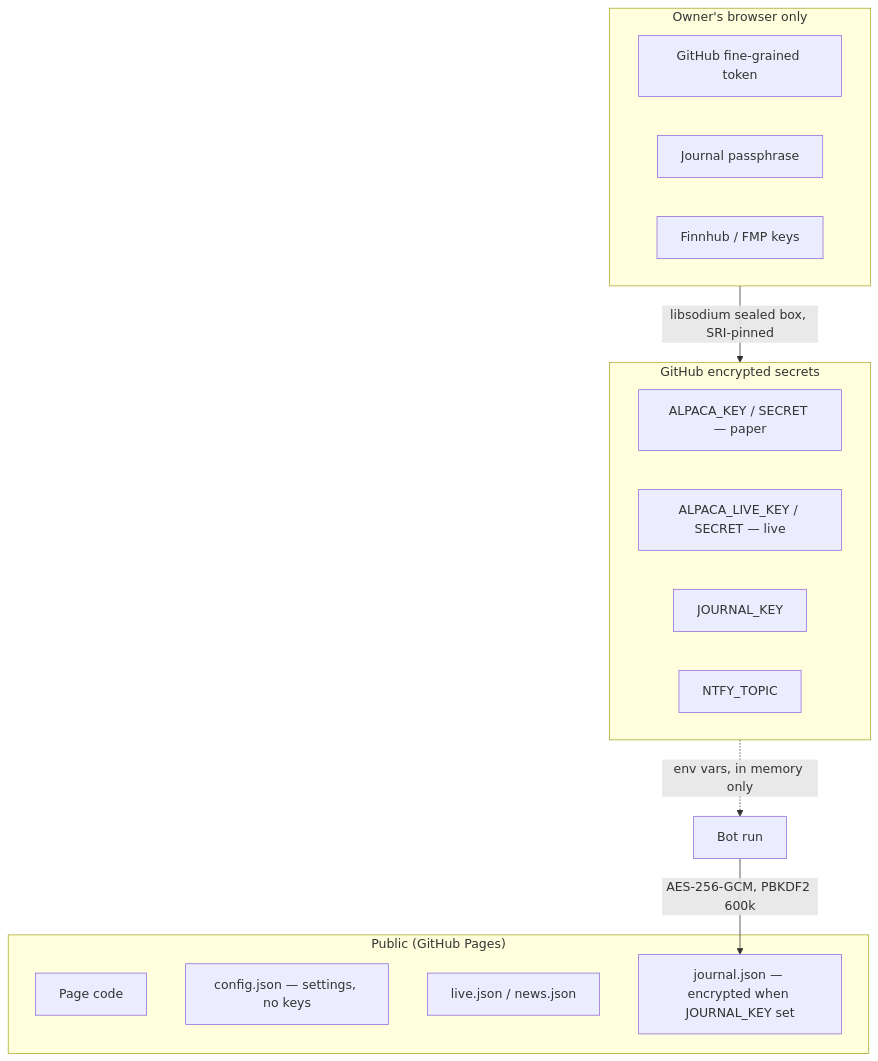
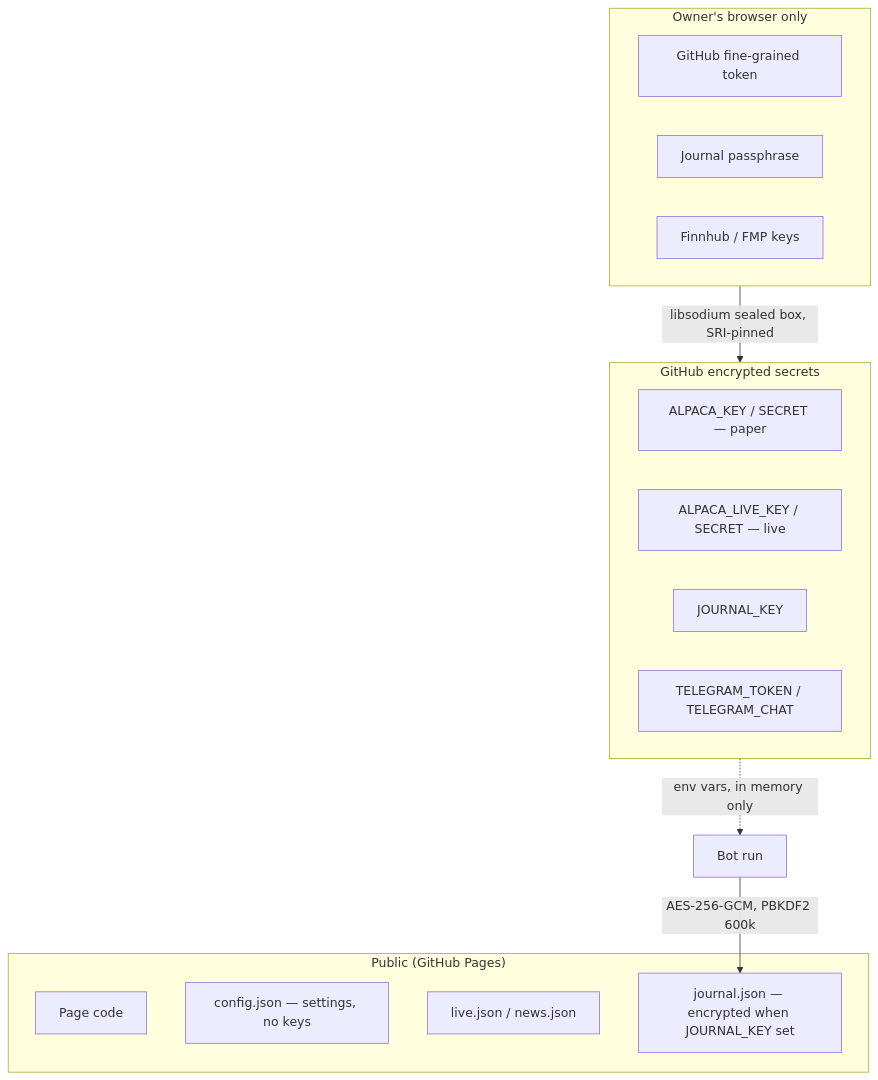
Before and after one commit to harimula/signal-desk: the seventh of 7 diagrams in docs/ARCHITECTURE.md, drawn with Mermaid. The commit also changed other lines of this file and 15 other files, not shown here.

First line of the commit message:
Remove ntfy: Telegram is the only alert channel (page, bot, watchdog, workflows, CSP, tests, docs)

````diff
--- a/docs/ARCHITECTURE.md
+++ b/docs/ARCHITECTURE.md
@@ -398,23 +398,23 @@
 ```mermaid
 flowchart TB
   subgraph Public["Public (GitHub Pages)"]
     P1[Page code]
     P2[config.json — settings, no keys]
     P3[live.json / news.json]
     P4[journal.json — encrypted when JOURNAL_KEY set]
   end
   subgraph Browser["Owner's browser only"]
     B1[GitHub fine-grained token]
     B2[Journal passphrase]
     B3[Finnhub / FMP keys]
   end
   subgraph Secrets["GitHub encrypted secrets"]
     S1[ALPACA_KEY / SECRET — paper]
     S2[ALPACA_LIVE_KEY / SECRET — live]
     S3[JOURNAL_KEY]
-    S4[NTFY_TOPIC]
+    S4[TELEGRAM_TOKEN / TELEGRAM_CHAT]
   end
   Browser -->|libsodium sealed box, SRI-pinned| Secrets
   Secrets -.->|env vars, in memory only| Bot[Bot run]
   Bot -->|AES-256-GCM, PBKDF2 600k| P4
 ```
````
